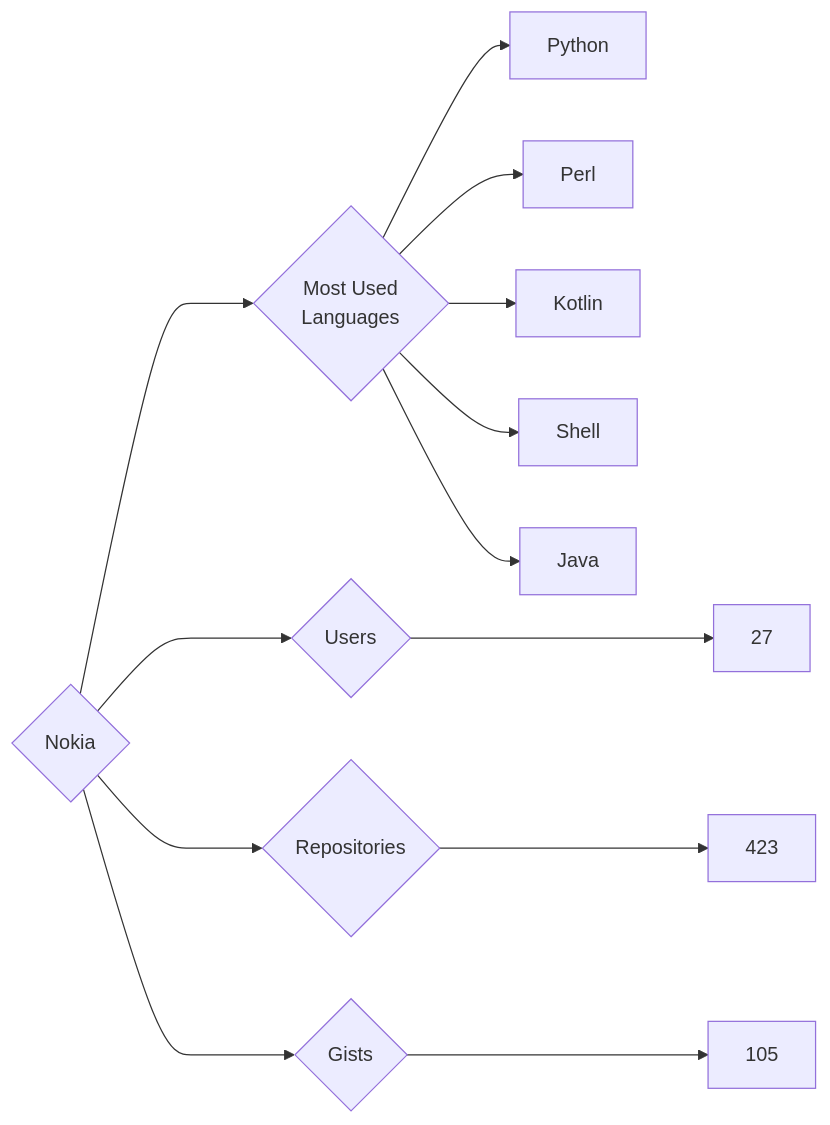
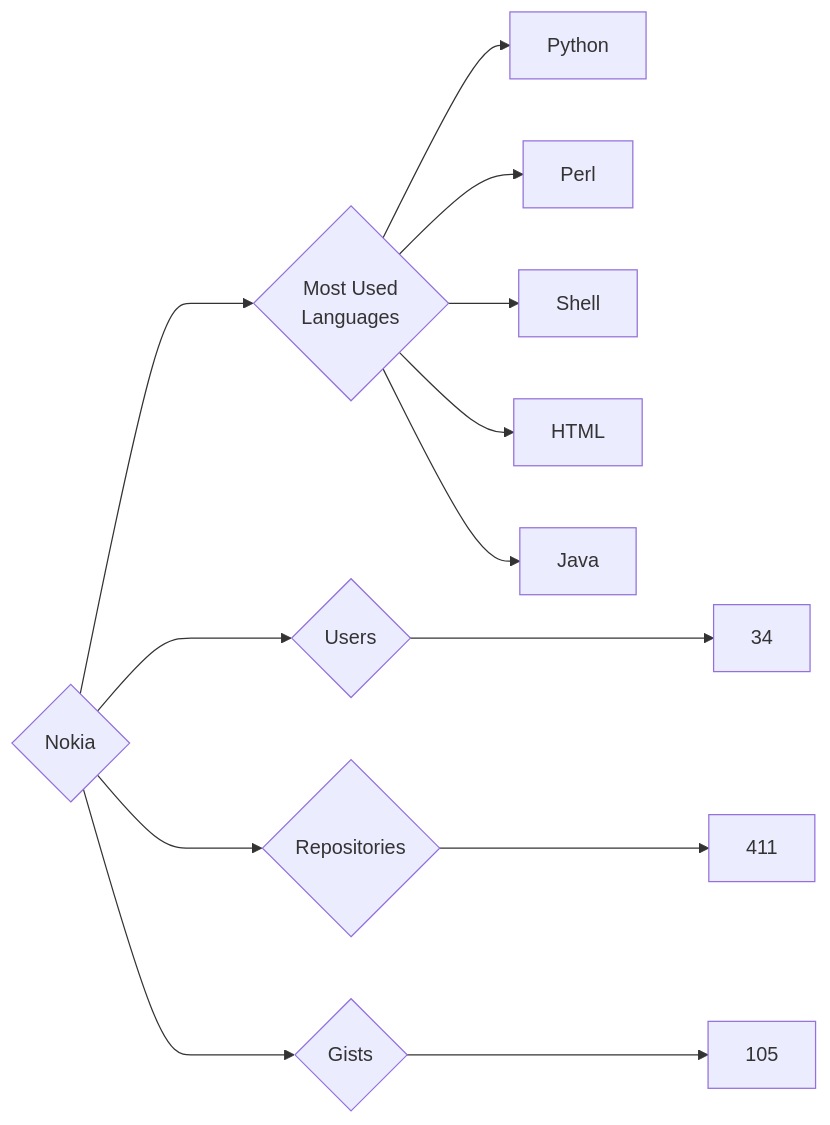
Before and after one commit to trickest/insiders: the diagram in targets/Nokia/README.md, drawn with Mermaid. The commit also changed 895 other files, not shown here.

````diff
--- a/targets/Nokia/README.md
+++ b/targets/Nokia/README.md
@@ -3,13 +3,13 @@
 ```mermaid
 graph LR
 COMPANY_NAME{Nokia}
-COMPANY_NAME ---> U{Users} ---> UN[27]
-COMPANY_NAME ---> R{Repositories} ---> RN[423]
+COMPANY_NAME ---> U{Users} ---> UN[34]
+COMPANY_NAME ---> R{Repositories} ---> RN[411]
 COMPANY_NAME ---> G{Gists} ---> GN[105]
 COMPANY_NAME ---> ML{Most Used<br>Languages}
 ML --> Python[Python]
 ML --> Perl[Perl]
-ML --> Kotlin[Kotlin]
 ML --> Shell[Shell]
+ML --> HTML[HTML]
 ML --> Java[Java]
 ```
````
